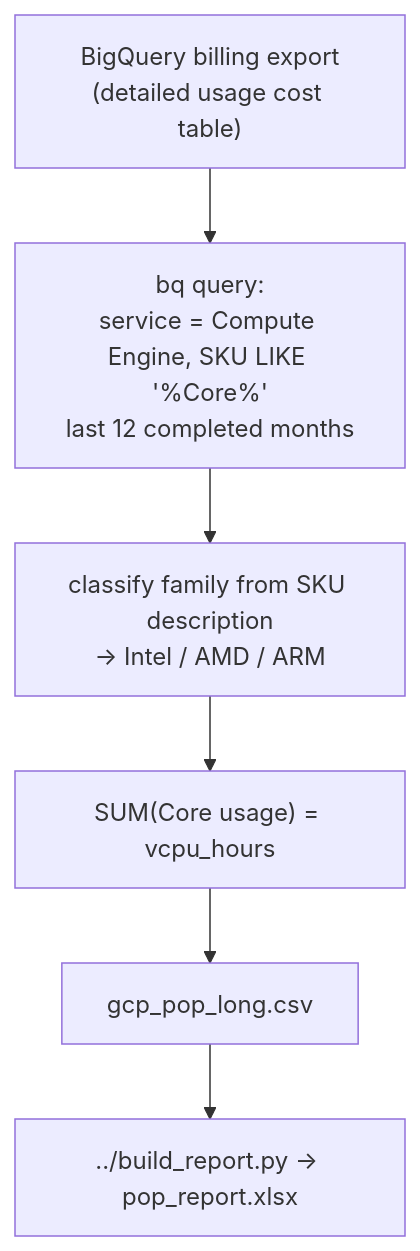
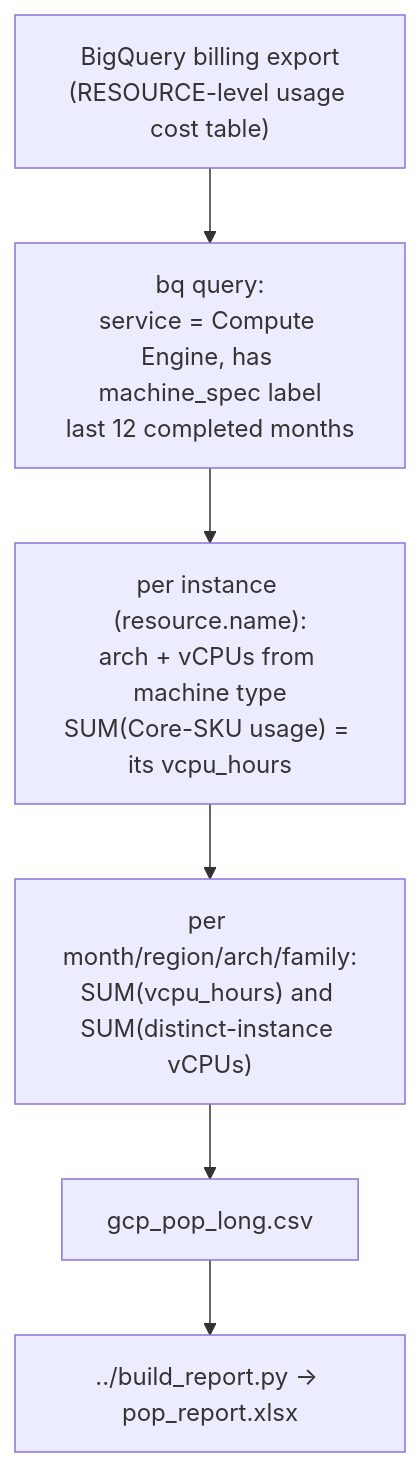
One commit to nfairoza/cloud-samples changed the diagram in proof-of-performance/gcp/README.md. Above: the diagram before and after it, drawn with Mermaid. The commit also changed other lines of this file and 8 other files, not shown here.

````diff
--- a/proof-of-performance/gcp/README.md
+++ b/proof-of-performance/gcp/README.md
@@ -23,8 +27,8 @@
 ```mermaid
 flowchart TD
-    A["BigQuery billing export<br/>(detailed usage cost table)"] --> B["bq query:<br/>service = Compute Engine, SKU LIKE '%Core%'<br/>last 12 completed months"]
-    B --> C["classify family from SKU description<br/>-> Intel / AMD / ARM"]
-    C --> D["SUM(Core usage) = vcpu_hours"]
+    A["BigQuery billing export<br/>(RESOURCE-level usage cost table)"] --> B["bq query:<br/>service = Compute Engine, has machine_spec label<br/>last 12 completed months"]
+    B --> C["per instance (resource.name):<br/>arch + vCPUs from machine type<br/>SUM(Core-SKU usage) = its vcpu_hours"]
+    C --> D["per month/region/arch/family:<br/>SUM(vcpu_hours) and SUM(distinct-instance vCPUs)"]
     D --> E["gcp_pop_long.csv"]
     E --> F["../build_report.py -> pop_report.xlsx"]
 ```
````
